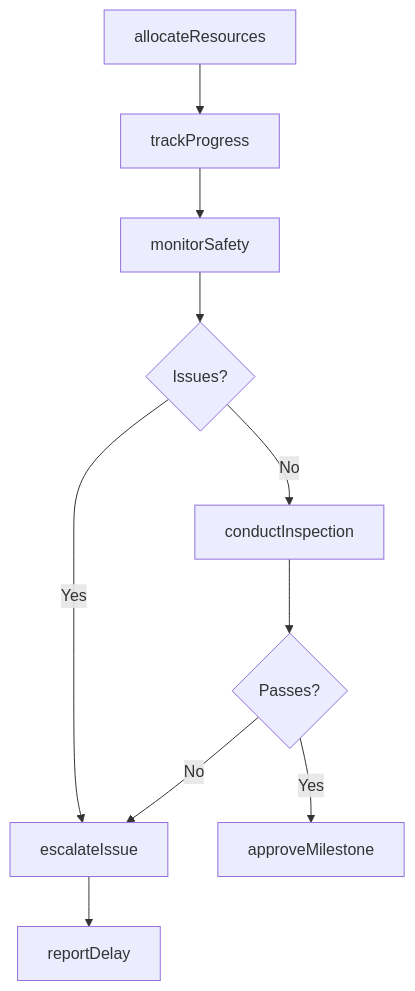
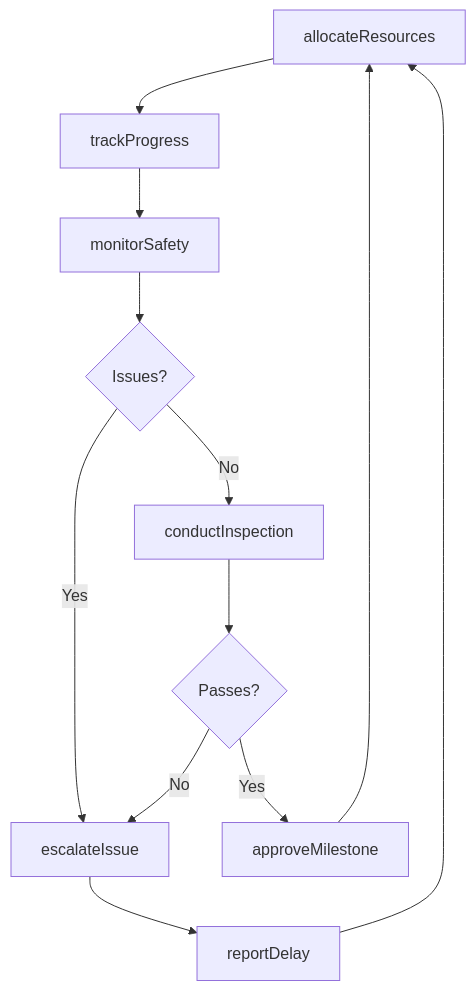
One commit to dot-org-ai/tasks.org.ai changed the third of 4 diagrams in MonitoringProcessesMaterialsOrSurroundings/MonitorOperationsToEnsureAdequatePerformance/MonitorConstructionOperations.mdx. Above: the diagram before and after it, drawn with Mermaid. The commit also changed other lines of this file and 266 other files, not shown here.

First line of the commit message:
feat: Add ER diagrams, state diagrams to wave 2 batch (251 DWA files)

````diff
--- a/MonitoringProcessesMaterialsOrSurroundings/MonitorOperationsToEnsureAdequatePerformance/MonitorConstructionOperations.mdx
+++ b/MonitoringProcessesMaterialsOrSurroundings/MonitorOperationsToEnsureAdequatePerformance/MonitorConstructionOperations.mdx
@@ -87,12 +116,14 @@
 ```mermaid
 graph TD
     A[allocateResources] --> B[trackProgress]
     B --> C[monitorSafety]
     C --> D{Issues?}
     D -->|Yes| E[escalateIssue]
     D -->|No| F[conductInspection]
     E --> G[reportDelay]
     F --> H{Passes?}
     H -->|Yes| I[approveMilestone]
     H -->|No| E
+    G --> A
+    I --> A
 ```
````
